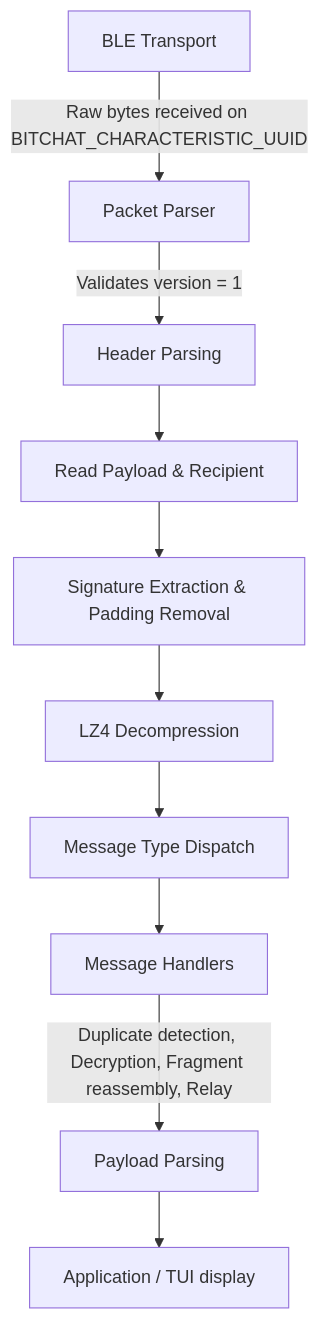
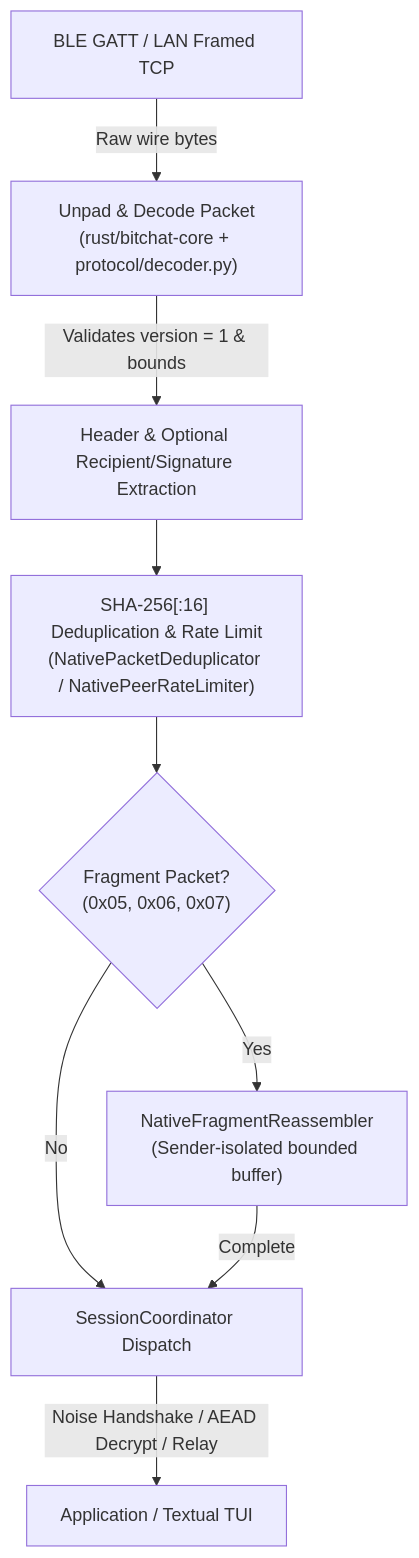
Before and after one commit to Java-Mx/bitchat-python: the diagram in docs/protocol/OVERVIEW.md, drawn with Mermaid. The commit also changed other lines of this file and 39 other files, not shown here.

Commit message:
docs: overhaul official, legal, security, and architecture documentation for v0.3.1

````diff
--- a/docs/protocol/OVERVIEW.md
+++ b/docs/protocol/OVERVIEW.md
@@ -22,12 +22,11 @@
 ```mermaid
 flowchart TD
-    BLE[BLE Transport] -->|Raw bytes received on BITCHAT_CHARACTERISTIC_UUID| Parse[Packet Parser]
-    Parse -->|Validates version = 1| Header[Header Parsing]
-    Header --> PayloadRead[Read Payload & Recipient]
-    PayloadRead --> Signature[Signature Extraction & Padding Removal]
-    Signature --> Decompress[LZ4 Decompression]
-    Decompress --> Dispatch[Message Type Dispatch]
-    Dispatch --> Handlers[Message Handlers]
-    Handlers -->|Duplicate detection, Decryption, Fragment reassembly, Relay| InnerParse[Payload Parsing]
-    InnerParse --> App[Application / TUI display]
+    Transport["BLE GATT / LAN Framed TCP"] -->|Raw wire bytes| Unpad["Unpad & Decode Packet\n(rust/bitchat-core + protocol/decoder.py)"]
+    Unpad -->|Validates version = 1 & bounds| Header["Header & Optional Recipient/Signature Extraction"]
+    Header --> Dedup["SHA-256[:16] Deduplication & Rate Limit\n(NativePacketDeduplicator / NativePeerRateLimiter)"]
+    Dedup --> FragCheck{"Fragment Packet?\n(0x05, 0x06, 0x07)"}
+    FragCheck -->|Yes| Reassemble["NativeFragmentReassembler\n(Sender-isolated bounded buffer)"]
+    FragCheck -->|No| Dispatch["SessionCoordinator Dispatch"]
+    Reassemble -->|Complete| Dispatch
+    Dispatch -->|Noise Handshake / AEAD Decrypt / Relay| App["Application / Textual TUI"]
 ```
````
